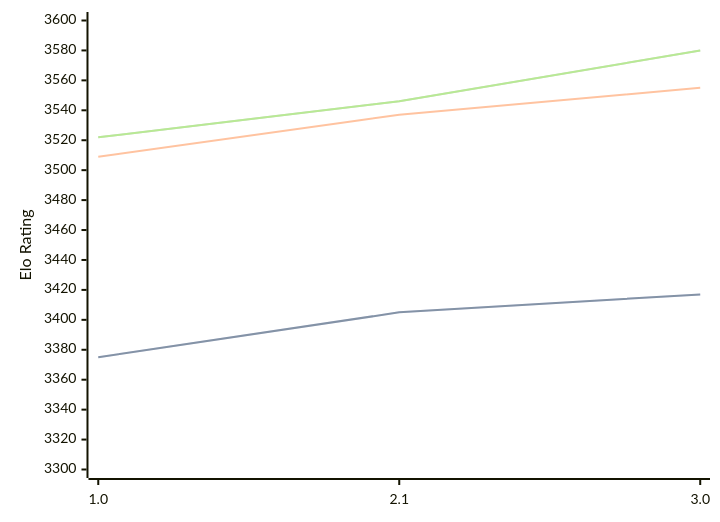
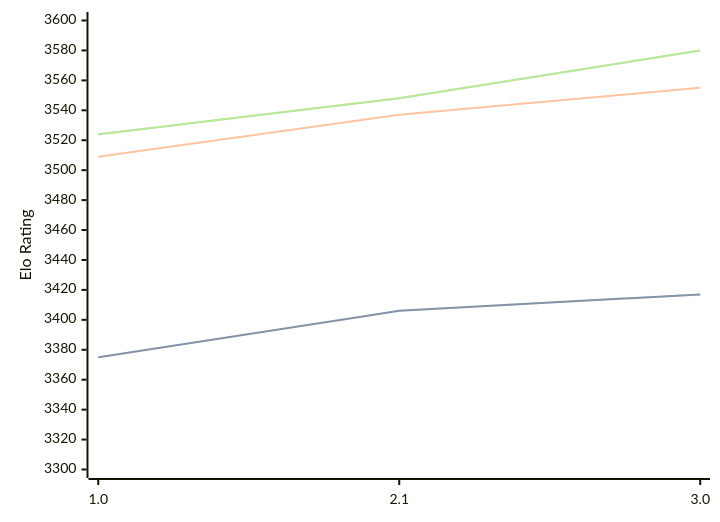
One commit to computer-chess-index/cci changed the diagram in engines/Hobbes.md. Above: the diagram before and after it, drawn with Mermaid. The commit also changed other lines of this file, not shown here.

Commit message:
Update CCI Ratings (ELO VLTC) - 2026-09-10

````diff
--- a/engines/Hobbes.md
+++ b/engines/Hobbes.md
@@ -33,11 +33,11 @@
 ```mermaid
 %%{init: {"theme":"base","themeVariables":{"seriesColors:['#a3a3a3','#222221','#faa371']}}}%%
 xychart-beta
   x-axis ["1.0", "2.1", "3.0"]
   y-axis "Elo Rating" 3300 --> 3600
-  line "" [3375, 3405, 3417]
-  line "STC (8.0+0.08s)" [3375, 3405, 3417]
+  line "" [3375, 3406, 3417]
+  line "STC (8.0+0.08s)" [3375, 3406, 3417]
   line "LTC (60.0+0.60s)" [3509, 3537, 3555]
-  line "" [3522, 3546, 3580]
-  line "VLTC (2m24s+1.12s)" [3522, 3546, 3580]
+  line "" [3524, 3548, 3580]
+  line "VLTC (2m24s+1.12s)" [3524, 3548, 3580]
 ```
````
